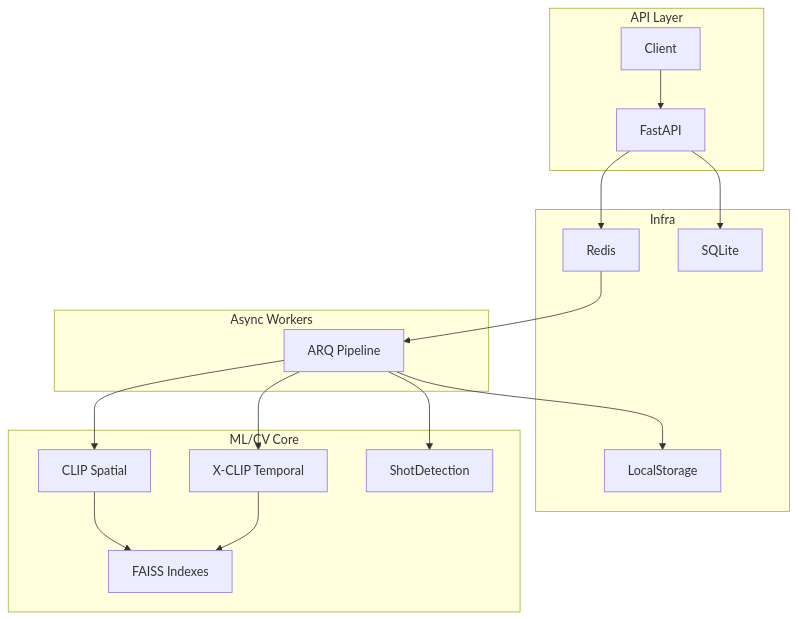
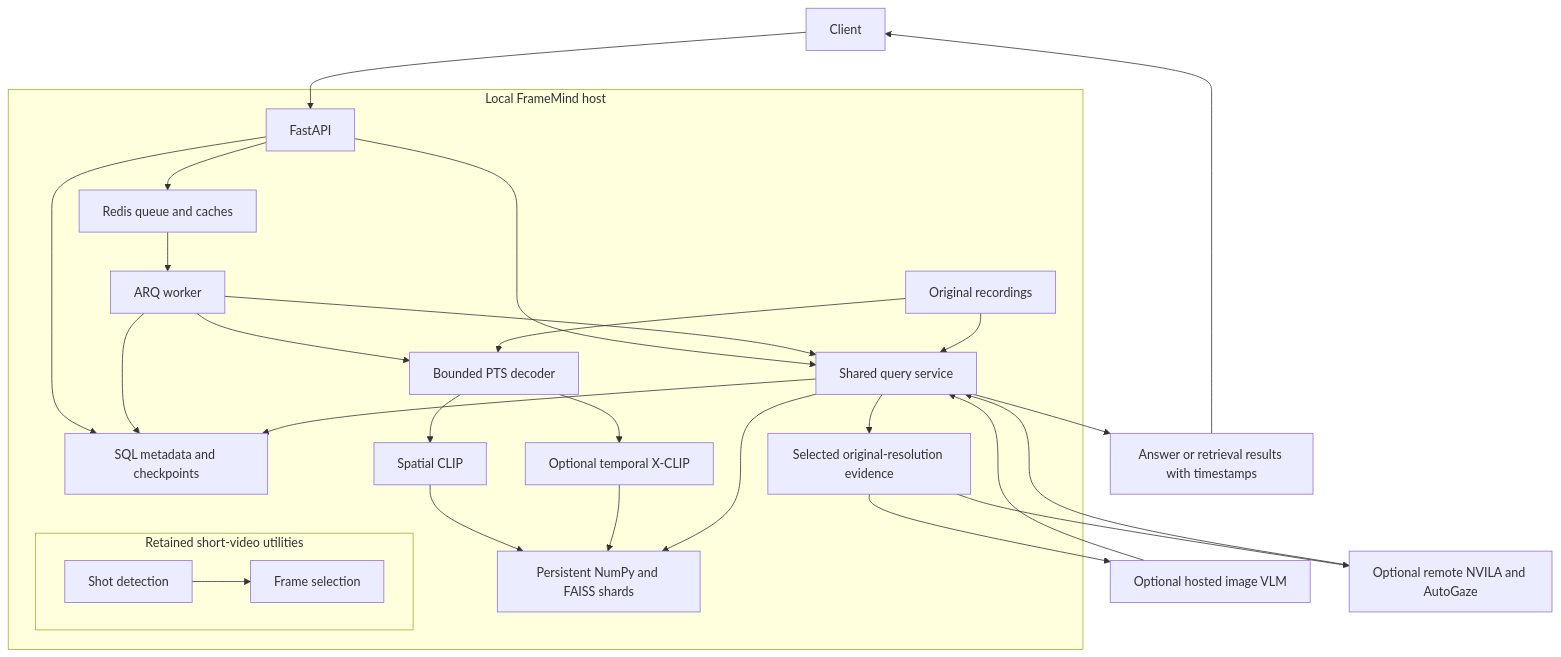
The first of 3 diagrams in README.md (Abhijithreddydasari/FrameMind), drawn with Mermaid before and after one commit. The commit also changed other lines of this file and 74 other files, not shown here.

Commit message:
Fixes and AutoGaze opt module

````diff
--- a/README.md
+++ b/README.md
@@ -19,33 +20,31 @@
 ```mermaid
 flowchart TB
-  subgraph api [API Layer]
-    client[Client] --> fastapi[FastAPI]
+  client[Client] --> api[FastAPI]
+  subgraph local [Local FrameMind host]
+    api --> redis[Redis queue and caches]
+    api --> sql[SQL metadata and checkpoints]
+    redis --> worker[ARQ worker]
+    worker --> sql
+    worker --> decoder[Bounded PTS decoder]
+    originals[Original recordings] --> decoder
+    decoder --> clip[Spatial CLIP]
+    decoder --> xclip[Optional temporal X-CLIP]
+    clip --> indexes[Persistent NumPy and FAISS shards]
+    xclip --> indexes
+    api --> query[Shared query service]
+    worker --> query
+    query --> sql
+    query --> indexes
+    originals --> query
+    query --> evidence[Selected original-resolution evidence]
+    subgraph helpers [Retained short-video utilities]
+      shots[Shot detection] --> selector[Frame selection]
+    end
   end
-
-  subgraph infra [Infra]
-    redis[Redis]
-    sqlite[SQLite]
-    storage[LocalStorage]
-  end
-
-  subgraph workers [Async Workers]
-    pipeline[ARQ Pipeline]
-  end
-
-  subgraph ml [ML/CV Core]
-    clip[CLIP Spatial]
-    xclip[X-CLIP Temporal]
-    shot[ShotDetection]
-    faiss[FAISS Indexes]
-  end
-
-  fastapi --> redis
-  fastapi --> sqlite
-  redis --> pipeline
-  pipeline --> storage
-  pipeline --> clip
-  pipeline --> xclip
-  pipeline --> shot
-  clip --> faiss
-  xclip --> faiss
+  evidence --> hosted[Optional hosted image VLM]
+  evidence --> gpu[Optional remote NVILA and AutoGaze]
+  hosted --> query
+  gpu --> query
+  query --> answer[Answer or retrieval results with timestamps]
+  answer --> client
 ```
````
